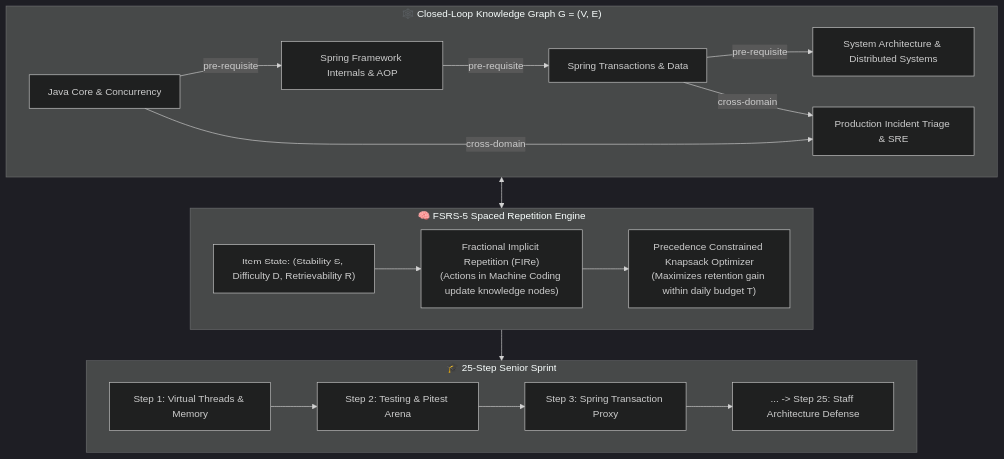
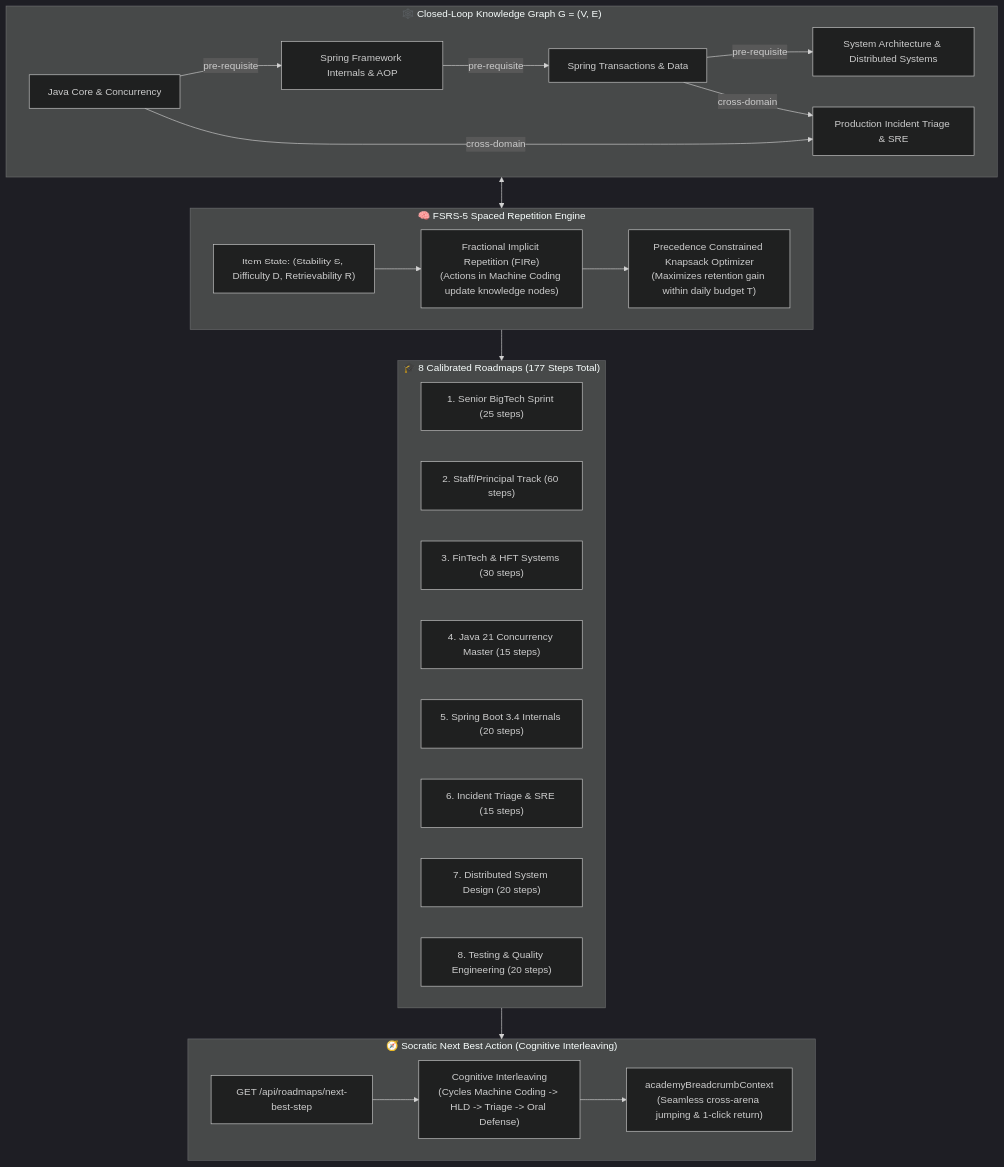
Before and after one commit to iliaIz/interview_tutor: the seventh of 12 diagrams in docs/architecture.md, drawn with Mermaid (dark theme). The commit also changed other lines of this file and 6 other files, not shown here.

Commit message:
fix(platform): master harmonization, navigation regrouping, dead link fixes and staff track rebalance

````diff
--- a/docs/architecture.md
+++ b/docs/architecture.md
@@ -344,34 +361,48 @@
 ```mermaid
 graph TD
     subgraph KG ["🕸️ Closed-Loop Knowledge Graph G = (V, E)"]
         N1["Java Core & Concurrency"]
         N2["Spring Framework Internals & AOP"]
         N3["Spring Transactions & Data"]
         N4["System Architecture & Distributed Systems"]
         N5["Production Incident Triage & SRE"]
         
         N1 -->|pre-requisite| N2
         N2 -->|pre-requisite| N3
         N3 -->|pre-requisite| N4
         N1 -->|cross-domain| N5
         N3 -->|cross-domain| N5
     end
 
     subgraph FSRS ["🧠 FSRS-5 Spaced Repetition Engine"]
         States["Item State: (Stability S, Difficulty D, Retrievability R)"]
         FIRe["Fractional Implicit Repetition (FIRe)\n(Actions in Machine Coding update knowledge nodes)"]
         Knapsack["Precedence Constrained Knapsack Optimizer\n(Maximizes retention gain within daily budget T)"]
         
         States --> FIRe
         FIRe --> Knapsack
     end
 
-    subgraph Curriculum ["🎓 25-Step Senior Sprint"]
-        Step1["Step 1: Virtual Threads & Memory"] --> Step2["Step 2: Testing & Pitest Arena"]
-        Step2 --> Step3["Step 3: Spring Transaction Proxy"]
-        Step3 --> StepN["... -> Step 25: Staff Architecture Defense"]
+    subgraph Tracks ["🎓 8 Calibrated Roadmaps (177 Steps Total)"]
+        R1["1. Senior BigTech Sprint (25 steps)"]
+        R2["2. Staff/Principal Track (60 steps)"]
+        R3["3. FinTech & HFT Systems (30 steps)"]
+        R4["4. Java 21 Concurrency Master (15 steps)"]
+        R5["5. Spring Boot 3.4 Internals (20 steps)"]
+        R6["6. Incident Triage & SRE (15 steps)"]
+        R7["7. Distributed System Design (20 steps)"]
+        R8["8. Testing & Quality Engineering (20 steps)"]
+    end
+
+    subgraph NBA ["🧭 Socratic Next Best Action (Cognitive Interleaving)"]
+        API["GET /api/roadmaps/next-best-step"]
+        Interleave["Cognitive Interleaving\n(Cycles Machine Coding -> HLD -> Triage -> Oral Defense)"]
+        Breadcrumb["academyBreadcrumbContext\n(Seamless cross-arena jumping & 1-click return)"]
+        
+        API --> Interleave --> Breadcrumb
     end
 
     KG <--> FSRS
-    FSRS --> Curriculum
+    FSRS --> Tracks
+    Tracks --> NBA
 ```
````
